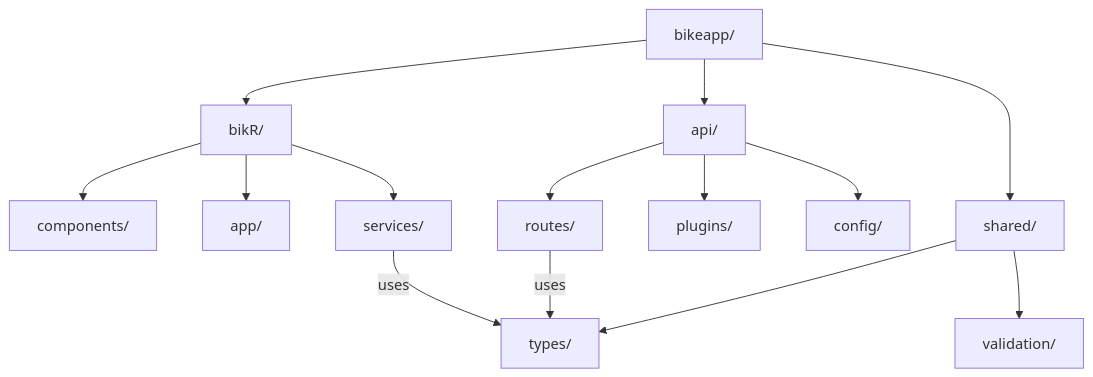
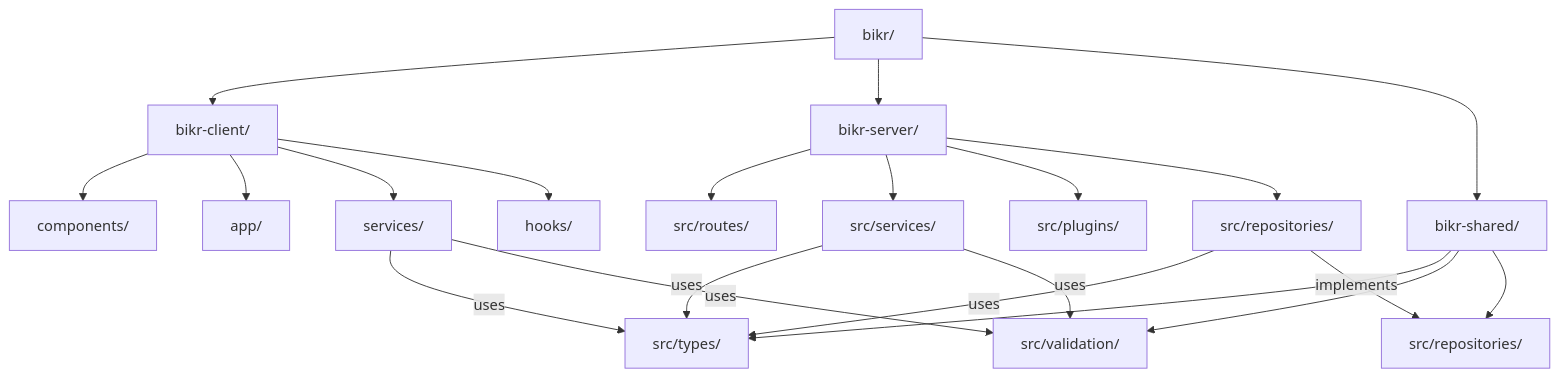
The second of 5 diagrams in memory-bank/systemPatterns.md (MarekCze/bikr-client), drawn with Mermaid before and after one commit. The commit also changed other lines of this file and 9 other files, not shown here.

````diff
--- a/memory-bank/systemPatterns.md
+++ b/memory-bank/systemPatterns.md
@@ -30,20 +30,27 @@
 ```mermaid
 graph TD
-    Root[bikeapp/] --> Frontend[bikR/]
-    Root --> API[api/]
-    Root --> Shared[shared/]
+    Root[bikr/] --> Client[bikr-client/]
+    Root --> Server[bikr-server/]
+    Root --> Shared[bikr-shared/]
     
-    Frontend --> FEComponents[components/]
-    Frontend --> FEApp[app/]
-    Frontend --> FEServices[services/]
+    Client --> ClientComponents[components/]
+    Client --> ClientApp[app/]
+    Client --> ClientServices[services/]
+    Client --> ClientHooks[hooks/]
     
-    API --> APIRoutes[routes/]
-    API --> APIPlugins[plugins/]
-    API --> APIConfig[config/]
+    Server --> ServerRoutes[src/routes/]
+    Server --> ServerServices[src/services/]
+    Server --> ServerPlugins[src/plugins/]
+    Server --> ServerRepositories[src/repositories/]
     
-    Shared --> STypes[types/]
-    Shared --> SValidation[validation/]
+    Shared --> SharedTypes[src/types/]
+    Shared --> SharedValidation[src/validation/]
+    Shared --> SharedRepositories[src/repositories/]
     
-    FEServices --> |uses| STypes
-    APIRoutes --> |uses| STypes
+    ClientServices --> |uses| SharedTypes
+    ClientServices --> |uses| SharedValidation
+    ServerServices --> |uses| SharedTypes
+    ServerServices --> |uses| SharedValidation
+    ServerRepositories --> |uses| SharedTypes
+    ServerRepositories --> |implements| SharedRepositories
 ```
````
